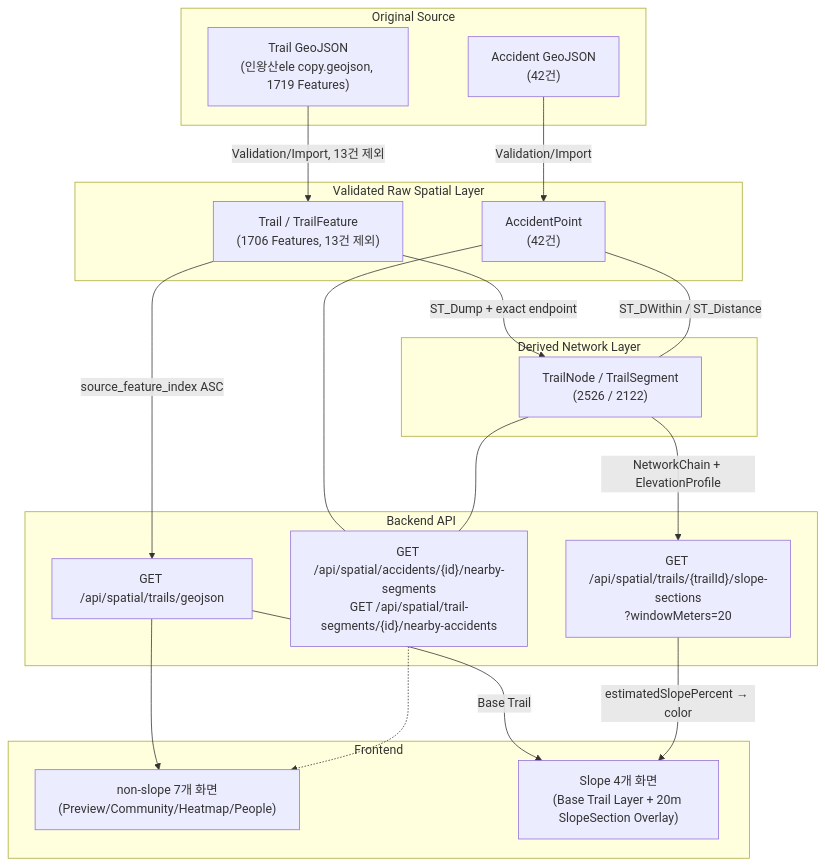
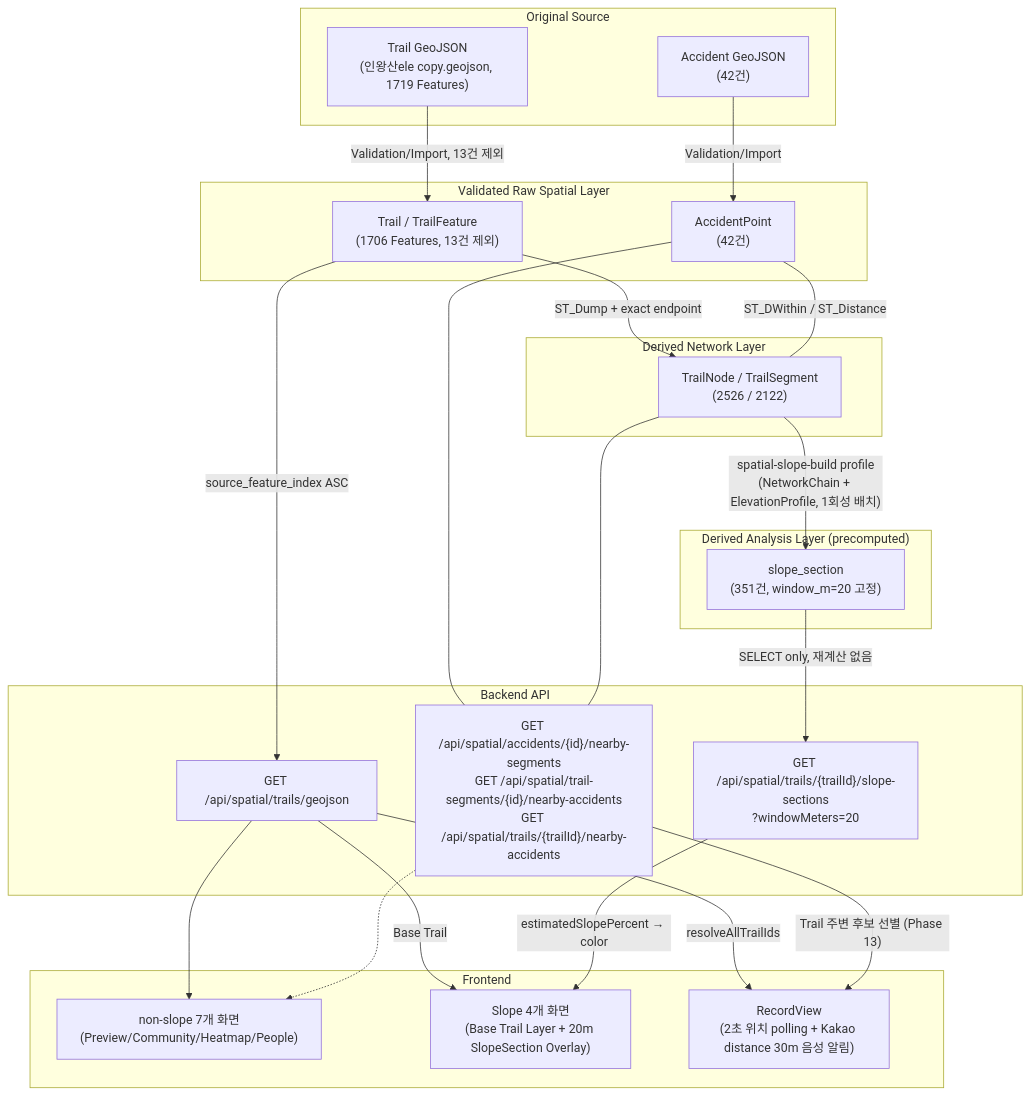
Before and after one commit to choi0229/spring-safety_hiking_WEB-APP: the first of 2 diagrams in README.md, drawn with Mermaid. The commit also changed other lines of this file and 41 other files, not shown here.

````diff
--- a/README.md
+++ b/README.md
@@ -60,40 +60,48 @@
 ```mermaid
 flowchart TD
     subgraph Source["Original Source"]
         TG["Trail GeoJSON<br/>(인왕산ele copy.geojson, 1719 Features)"]
         AG["Accident GeoJSON<br/>(42건)"]
     end
 
     subgraph Raw["Validated Raw Spatial Layer"]
         TF["Trail / TrailFeature<br/>(1706 Features, 13건 제외)"]
         AP["AccidentPoint<br/>(42건)"]
     end
 
     subgraph Network["Derived Network Layer"]
         TNTS["TrailNode / TrailSegment<br/>(2526 / 2122)"]
     end
 
+    subgraph Analysis["Derived Analysis Layer (precomputed)"]
+        SS["slope_section<br/>(351건, window_m=20 고정)"]
+    end
+
     subgraph API["Backend API"]
         GJAPI["GET /api/spatial/trails/geojson"]
-        SQAPI["GET /api/spatial/accidents/{id}/nearby-segments<br/>GET /api/spatial/trail-segments/{id}/nearby-accidents"]
+        SQAPI["GET /api/spatial/accidents/{id}/nearby-segments<br/>GET /api/spatial/trail-segments/{id}/nearby-accidents<br/>GET /api/spatial/trails/{trailId}/nearby-accidents"]
         SSAPI["GET /api/spatial/trails/{trailId}/slope-sections<br/>?windowMeters=20"]
     end
 
     subgraph FE["Frontend"]
         Safe["non-slope 7개 화면<br/>(Preview/Community/Heatmap/People)"]
         SlopeFE["Slope 4개 화면<br/>(Base Trail Layer + 20m SlopeSection Overlay)"]
+        Record["RecordView<br/>(2초 위치 polling + Kakao distance 30m 음성 알림)"]
     end
 
     TG -- "Validation/Import, 13건 제외" --> TF
     AG -- "Validation/Import" --> AP
     TF -- "ST_Dump + exact endpoint" --> TNTS
     AP -- "ST_DWithin / ST_Distance" --- TNTS
     TF -- "source_feature_index ASC" --> GJAPI
     AP --- SQAPI
     TNTS --- SQAPI
-    TNTS -- "NetworkChain + ElevationProfile" --> SSAPI
+    TNTS -- "spatial-slope-build profile<br/>(NetworkChain + ElevationProfile, 1회성 배치)" --> SS
+    SS -- "SELECT only, 재계산 없음" --> SSAPI
     GJAPI --> Safe
     SQAPI -.-> Safe
     GJAPI -- "Base Trail" --> SlopeFE
     SSAPI -- "estimatedSlopePercent → color" --> SlopeFE
+    GJAPI -- "resolveAllTrailIds" --> Record
+    SQAPI -- "Trail 주변 후보 선별 (Phase 13)" --> Record
 ```
````
